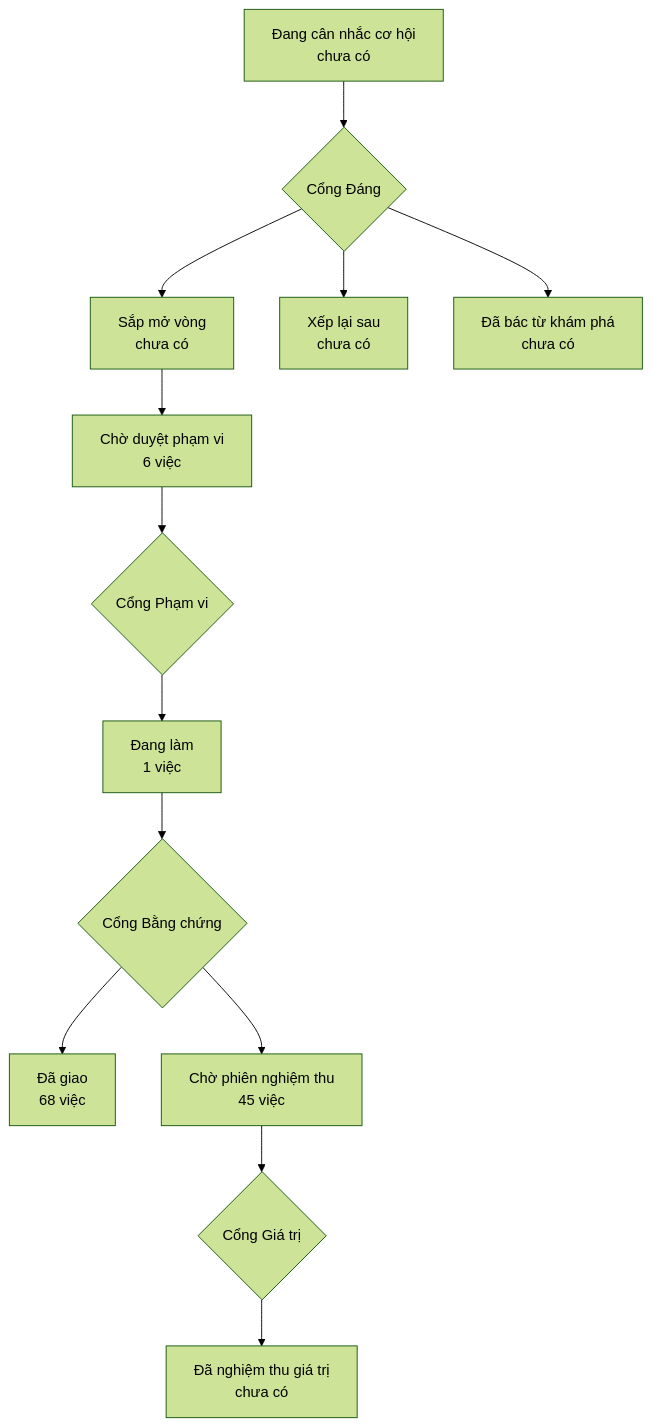
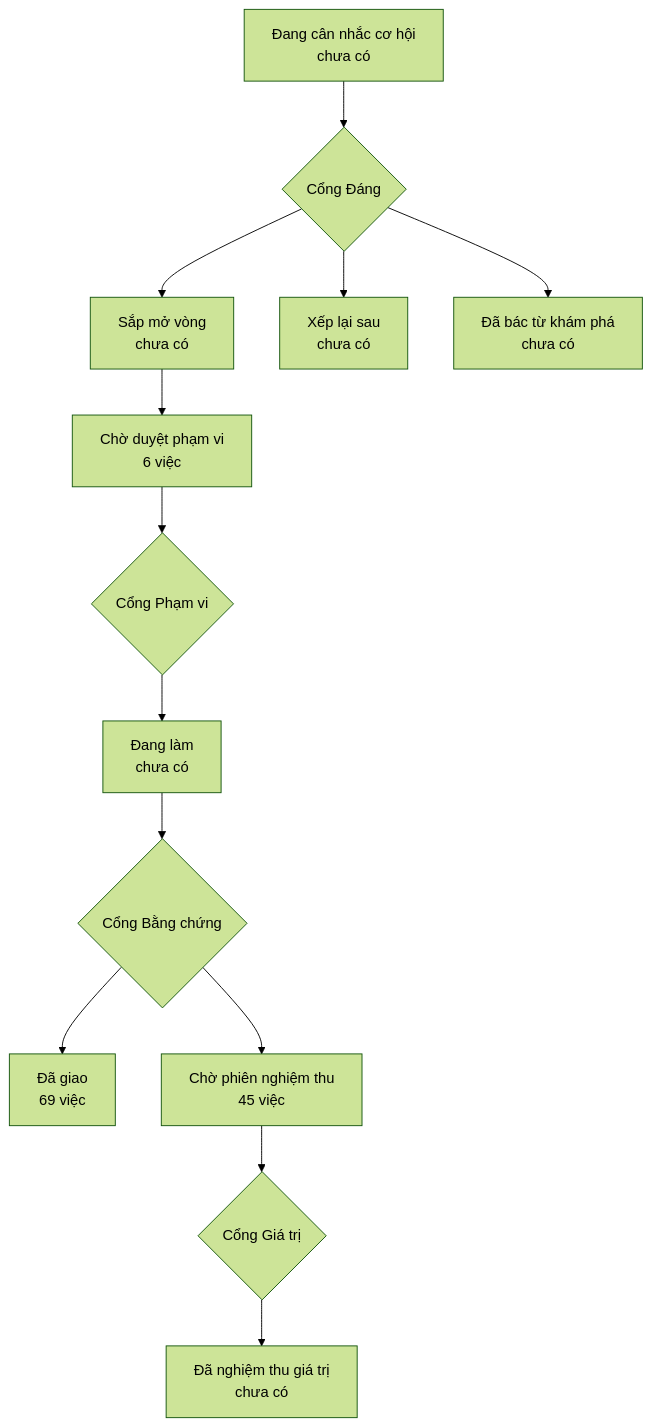
One commit to phanlemanh/onehub-invest changed the diagram in PRODUCT-MAP.md. Above: the diagram before and after it, drawn with Mermaid (forest theme). The commit also changed other lines of this file and 7 other files, not shown here.

````diff
--- a/PRODUCT-MAP.md
+++ b/PRODUCT-MAP.md
@@ -7,12 +7,12 @@
 ```mermaid
 flowchart TD
   A["Đang cân nhắc cơ hội<br/>chưa có"] --> GD{"Cổng Đáng"}
   GD --> B["Sắp mở vòng<br/>chưa có"]
   GD --> XL["Xếp lại sau<br/>chưa có"]
   GD --> DB["Đã bác từ khám phá<br/>chưa có"]
   B --> CD["Chờ duyệt phạm vi<br/>6 việc"] --> GP{"Cổng Phạm vi"}
-  GP --> DL["Đang làm<br/>1 việc"] --> GB{"Cổng Bằng chứng"}
-  GB --> DG["Đã giao<br/>68 việc"]
+  GP --> DL["Đang làm<br/>chưa có"] --> GB{"Cổng Bằng chứng"}
+  GB --> DG["Đã giao<br/>69 việc"]
   GB --> CN["Chờ phiên nghiệm thu<br/>45 việc"] --> GG{"Cổng Giá trị"}
   GG --> NT["Đã nghiệm thu giá trị<br/>chưa có"]
 ```
````
